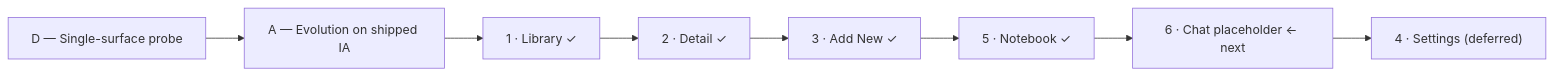
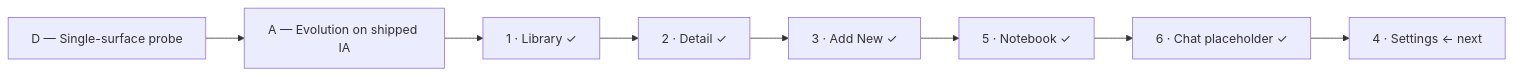
One commit to Danjohnsonnj/phathom changed the diagram in docs/handoff/library-ui-evolution.md. Above: the diagram before and after it, drawn with Mermaid. The commit also changed other lines of this file and 4 other files, not shown here.

````diff
--- a/docs/handoff/library-ui-evolution.md
+++ b/docs/handoff/library-ui-evolution.md
@@ -53,10 +54,10 @@
 ```mermaid
 flowchart LR
     D["D — Single-surface probe"] --> A["A — Evolution on shipped IA"]
     A --> Lib["1 · Library ✓"]
     Lib --> Det["2 · Detail ✓"]
     Det --> Add["3 · Add New ✓"]
     Add --> NB["5 · Notebook ✓"]
-    NB --> Chat["6 · Chat placeholder ← next"]
-    Chat --> Set["4 · Settings (deferred)"]
+    NB --> Chat["6 · Chat placeholder ✓"]
+    Chat --> Set["4 · Settings ← next"]
 ```
````
